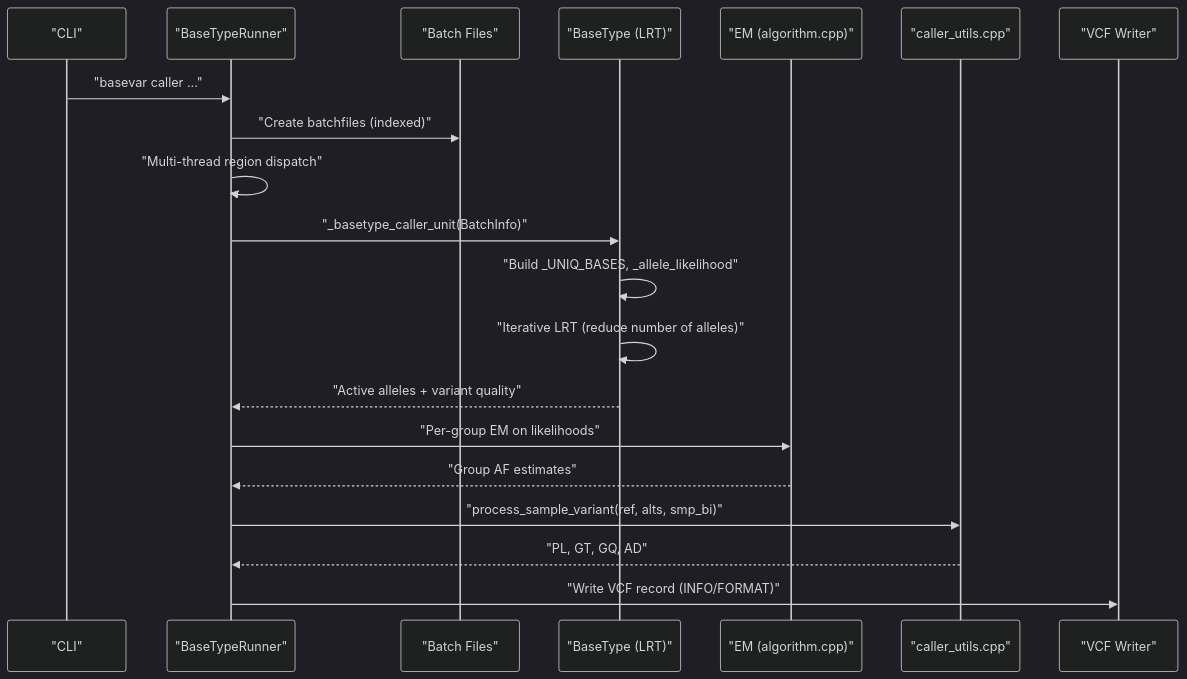
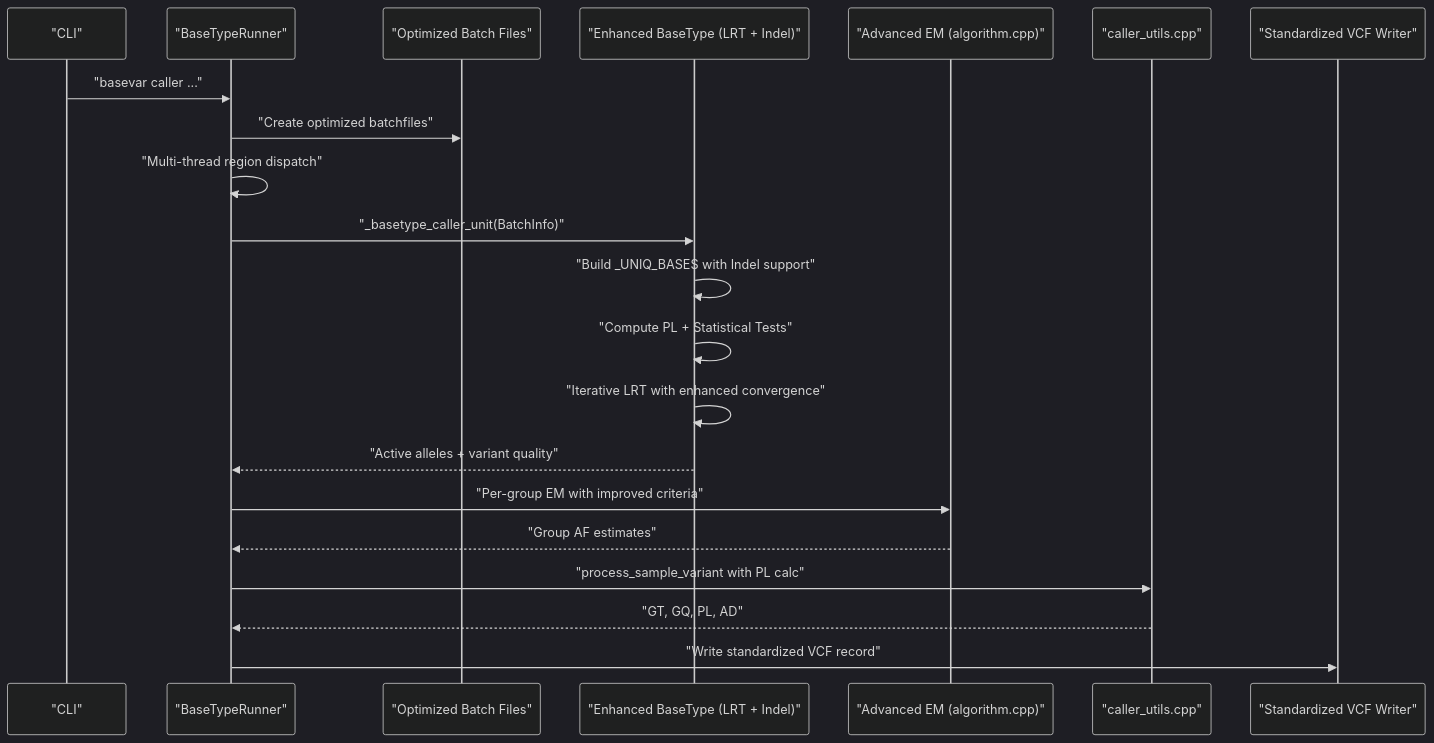
One commit to ShujiaHuang/BaseVar2 changed the second of 8 diagrams in .qoder/repowiki/en/content/Core Algorithm Architecture/Core Algorithm Architecture.md. Above: the diagram before and after it, drawn with Mermaid (dark theme). The commit also changed other lines of this file and 6 other files, not shown here.

````diff
--- a/.qoder/repowiki/en/content/Core Algorithm Architecture/Core Algorithm Architecture.md
+++ b/.qoder/repowiki/en/content/Core Algorithm Architecture/Core Algorithm Architecture.md
@@ -87,22 +93,23 @@
 ```mermaid
 sequenceDiagram
 participant CLI as "CLI"
 participant Runner as "BaseTypeRunner"
-participant Batch as "Batch Files"
-participant LRT as "BaseType (LRT)"
-participant EM as "EM (algorithm.cpp)"
+participant Batch as "Optimized Batch Files"
+participant LRT as "Enhanced BaseType (LRT + Indel)"
+participant EM as "Advanced EM (algorithm.cpp)"
 participant Utils as "caller_utils.cpp"
-participant VCF as "VCF Writer"
+participant VCF as "Standardized VCF Writer"
 CLI->>Runner : "basevar caller ..."
-Runner->>Batch : "Create batchfiles (indexed)"
+Runner->>Batch : "Create optimized batchfiles"
 Runner->>Runner : "Multi-thread region dispatch"
 Runner->>LRT : "_basetype_caller_unit(BatchInfo)"
-LRT->>LRT : "Build _UNIQ_BASES, _allele_likelihood"
-LRT->>LRT : "Iterative LRT (reduce number of alleles)"
+LRT->>LRT : "Build _UNIQ_BASES with Indel support"
+LRT->>LRT : "Compute PL + Statistical Tests"
+LRT->>LRT : "Iterative LRT with enhanced convergence"
 LRT-->>Runner : "Active alleles + variant quality"
-Runner->>EM : "Per-group EM on likelihoods"
+Runner->>EM : "Per-group EM with improved criteria"
 EM-->>Runner : "Group AF estimates"
-Runner->>Utils : "process_sample_variant(ref, alts, smp_bi)"
-Utils-->>Runner : "PL, GT, GQ, AD"
-Runner->>VCF : "Write VCF record (INFO/FORMAT)"
+Runner->>Utils : "process_sample_variant with PL calc"
+Utils-->>Runner : "GT, GQ, PL, AD"
+Runner->>VCF : "Write standardized VCF record"
 ```
````
